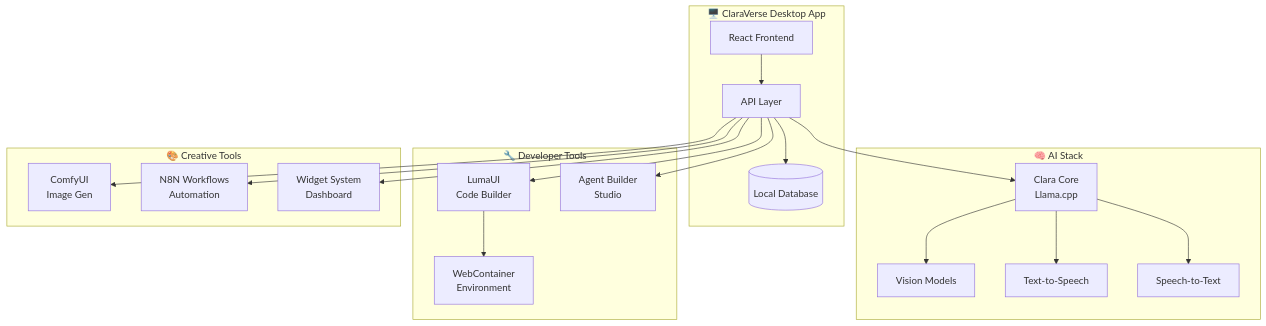
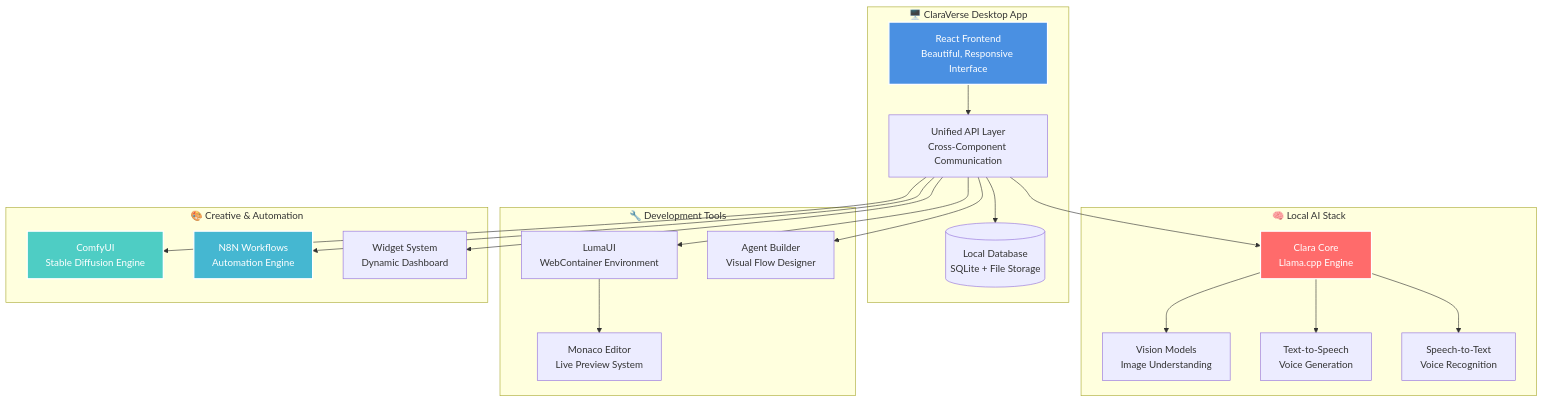
Before and after one commit to claraverse-space/ClaraVerse: the diagram in README.md, drawn with Mermaid. The commit also changed other lines of this file, not shown here.

````diff
--- a/README.md
+++ b/README.md
@@ -285,40 +293,45 @@
 ```mermaid
 graph TB
     subgraph "🖥️ ClaraVerse Desktop App"
-        UI[React Frontend]
-        API[API Layer]
-        DB[(Local Database)]
+        UI[React Frontend<br/>Beautiful, Responsive Interface]
+        API[Unified API Layer<br/>Cross-Component Communication]
+        DB[(Local Database<br/>SQLite + File Storage)]
     end
     
-    subgraph "🧠 AI Stack"
-        LLM[Clara Core<br/>Llama.cpp]
-        VISION[Vision Models]
-        TTS[Text-to-Speech]
-        STT[Speech-to-Text]
+    subgraph "🧠 Local AI Stack"
+        LLM[Clara Core<br/>Llama.cpp Engine]
+        VISION[Vision Models<br/>Image Understanding]
+        TTS[Text-to-Speech<br/>Voice Generation]
+        STT[Speech-to-Text<br/>Voice Recognition]
     end
     
-    subgraph "🔧 Developer Tools"
-        LUMA[LumaUI<br/>Code Builder]
-        AGENT[Agent Builder<br/>Studio]
-        WEB[WebContainer<br/>Environment]
+    subgraph "🔧 Development Tools"
+        LUMA[LumaUI<br/>WebContainer Environment]
+        AGENT[Agent Builder<br/>Visual Flow Designer]
+        WEB[Monaco Editor<br/>Live Preview System]
     end
     
-    subgraph "🎨 Creative Tools"
-        COMFY[ComfyUI<br/>Image Gen]
-        N8N[N8N Workflows<br/>Automation]
-        WIDGETS[Widget System<br/>Dashboard]
+    subgraph "🎨 Creative & Automation"
+        COMFY[ComfyUI<br/>Stable Diffusion Engine]
+        N8N[N8N Workflows<br/>Automation Engine]
+        WIDGETS[Widget System<br/>Dynamic Dashboard]
     end
     
     UI --> API
     API --> LLM
     API --> LUMA
     API --> AGENT
     API --> COMFY
     API --> N8N
     API --> WIDGETS
     LLM --> VISION
     LLM --> TTS
     LLM --> STT
     LUMA --> WEB
     API --> DB
+    
+    style UI fill:#4A90E2,stroke:#fff,stroke-width:2px,color:#fff
+    style LLM fill:#FF6B6B,stroke:#fff,stroke-width:2px,color:#fff
+    style COMFY fill:#4ECDC4,stroke:#fff,stroke-width:2px,color:#fff
+    style N8N fill:#45B7D1,stroke:#fff,stroke-width:2px,color:#fff
 ```
````
